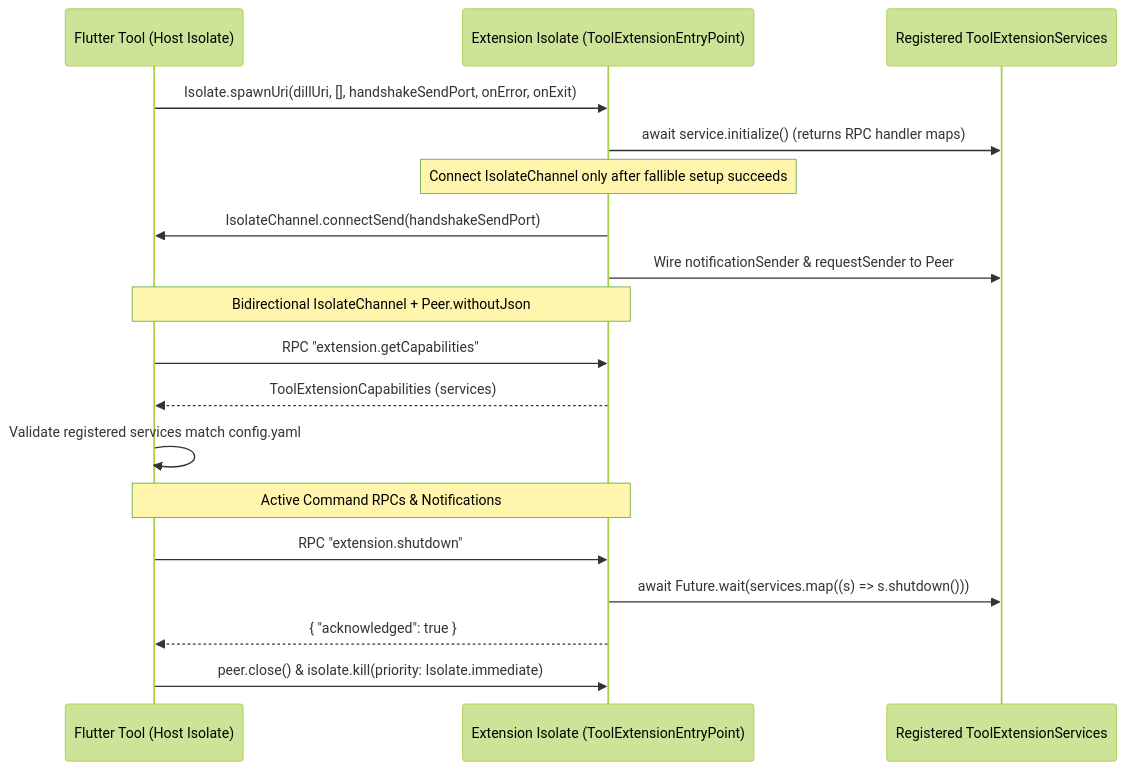
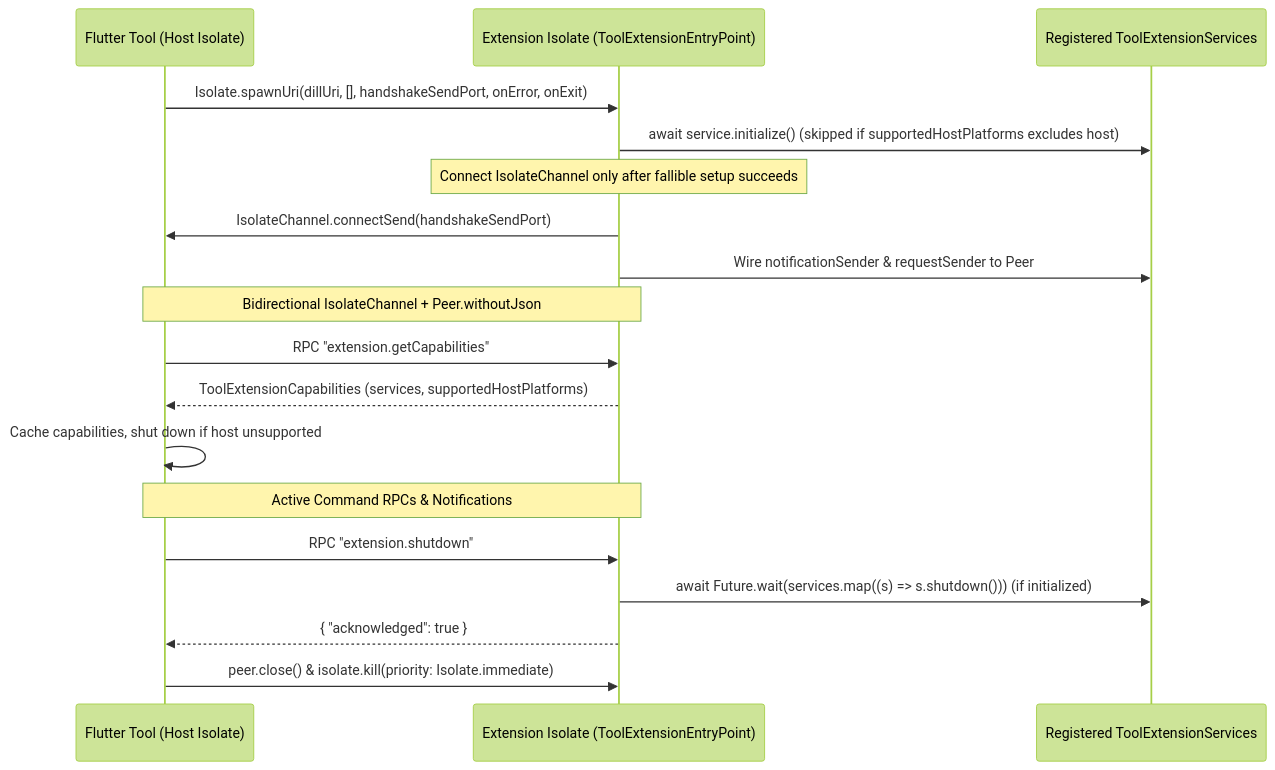
The second of 2 diagrams in rfc/510.0000-targeting-custom-embedders-with-flutter-tools.md (flutter/rfc), drawn with Mermaid (forest theme) before and after one commit. The commit also changed other lines of this file, not shown here.

````diff
--- a/rfc/510.0000-targeting-custom-embedders-with-flutter-tools.md
+++ b/rfc/510.0000-targeting-custom-embedders-with-flutter-tools.md
@@ -310,21 +296,21 @@
 ```mermaid
 sequenceDiagram
   participant Host as Flutter Tool (Host Isolate)
   participant Iso as Extension Isolate (ToolExtensionEntryPoint)
   participant Svc as Registered ToolExtensionServices
 
   Host->>Iso: Isolate.spawnUri(dillUri, [], handshakeSendPort, onError, onExit)
-  Iso->>Svc: await service.initialize() (returns RPC handler maps)
+  Iso->>Svc: await service.initialize() (skipped if supportedHostPlatforms excludes host)
   Note over Iso: Connect IsolateChannel only after fallible setup succeeds
   Iso->>Host: IsolateChannel.connectSend(handshakeSendPort)
   Iso->>Svc: Wire notificationSender & requestSender to Peer
   Note over Host,Iso: Bidirectional IsolateChannel + Peer.withoutJson
   Host->>Iso: RPC "extension.getCapabilities"
-  Iso-->>Host: ToolExtensionCapabilities (services)
-  Host->>Host: Validate registered services match config.yaml
+  Iso-->>Host: ToolExtensionCapabilities (services, supportedHostPlatforms)
+  Host->>Host: Cache capabilities, shut down if host unsupported
   Note over Host,Iso: Active Command RPCs & Notifications
   Host->>Iso: RPC "extension.shutdown"
-  Iso->>Svc: await Future.wait(services.map((s) => s.shutdown()))
+  Iso->>Svc: await Future.wait(services.map((s) => s.shutdown())) (if initialized)
   Iso-->>Host: { "acknowledged": true }
   Host->>Iso: peer.close() & isolate.kill(priority: Isolate.immediate)
 ```
````
